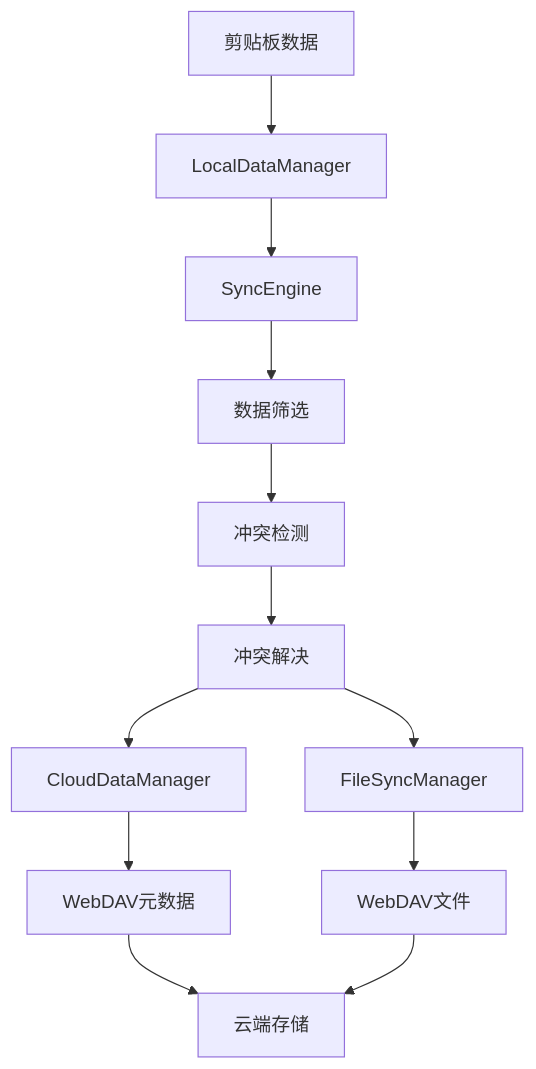
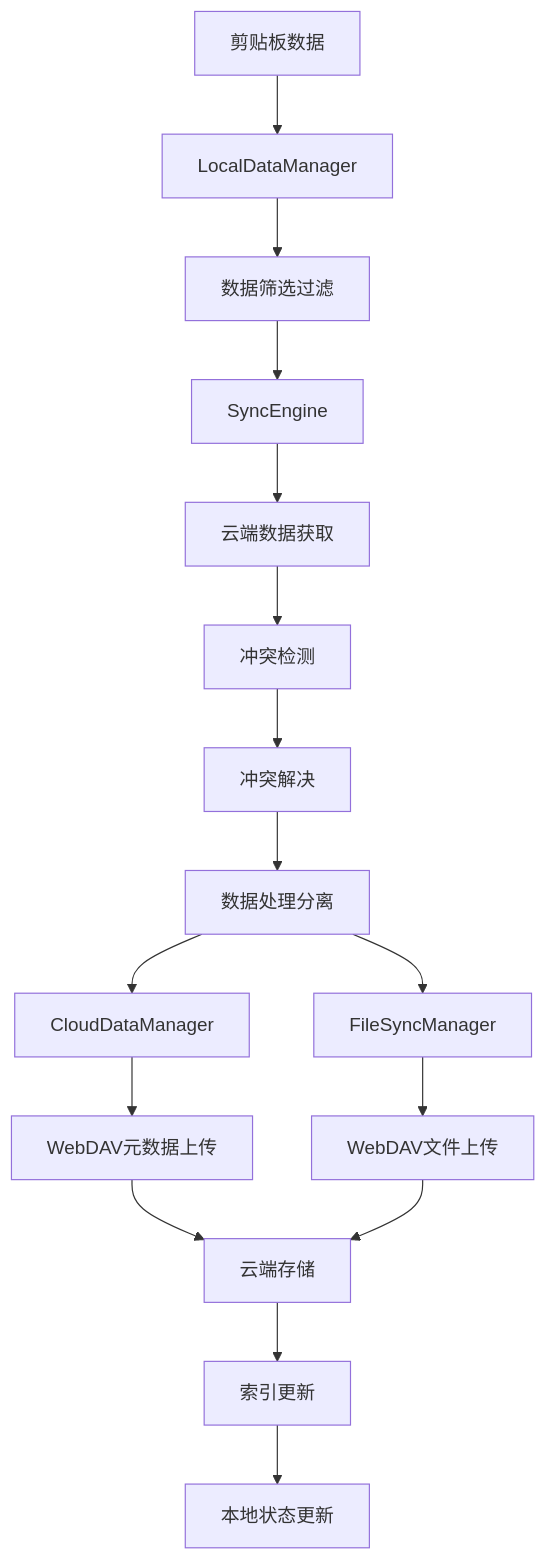
Before and after one commit to Ruszero01/EcoPaste-Sync: the first of 3 diagrams in docs/CLOUD_SYNC_ARCHITECTURE.md, drawn with Mermaid. The commit also changed other lines of this file and 5 other files, not shown here.

````diff
--- a/docs/CLOUD_SYNC_ARCHITECTURE.md
+++ b/docs/CLOUD_SYNC_ARCHITECTURE.md
@@ -113,14 +158,18 @@
 ```mermaid
 graph TB
     A[剪贴板数据] --> B[LocalDataManager]
-    B --> C[SyncEngine]
-    C --> D[数据筛选]
-    D --> E[冲突检测]
-    E --> F[冲突解决]
-    F --> G[CloudDataManager]
-    F --> H[FileSyncManager]
-    G --> I[WebDAV元数据]
-    H --> J[WebDAV文件]
-    I --> K[云端存储]
-    J --> K
+    B --> C[数据筛选过滤]
+    C --> D[SyncEngine]
+    D --> E[云端数据获取]
+    E --> F[冲突检测]
+    F --> G[冲突解决]
+    G --> H[数据处理分离]
+    H --> I[CloudDataManager]
+    H --> J[FileSyncManager]
+    I --> K[WebDAV元数据上传]
+    J --> L[WebDAV文件上传]
+    K --> M[云端存储]
+    L --> M
+    M --> N[索引更新]
+    N --> O[本地状态更新]
 ```
````
